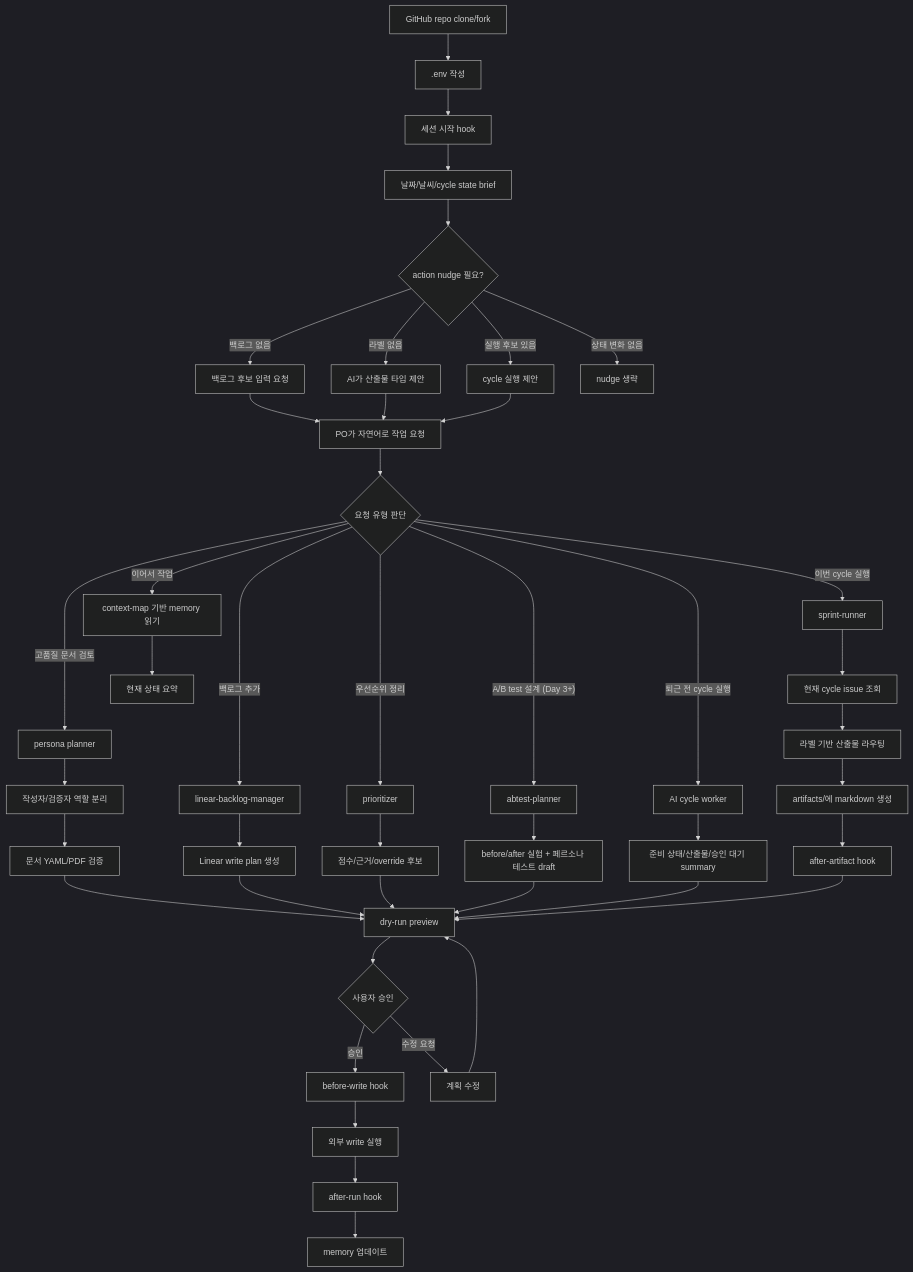
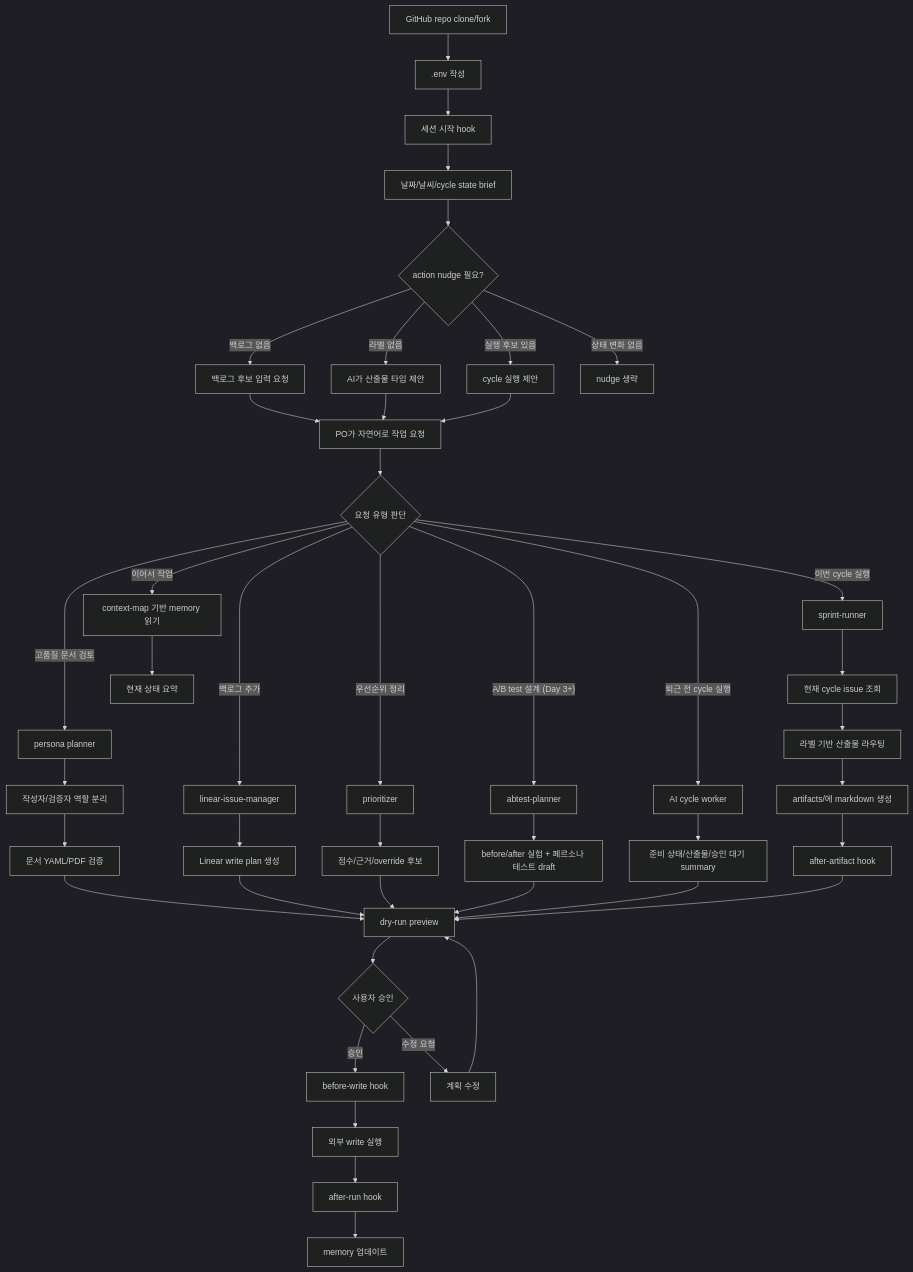
The diagram in docs/PRD.md (dongwonlee222/POKit), drawn with Mermaid (dark theme) before and after one commit. The commit also changed other lines of this file and 30 other files, not shown here.

First line of the commit message:
feat: v0.15.2 hotfix — release dispatcher + dogfood/releases 재구조화 + linear-issue-manager

````diff
--- a/docs/PRD.md
+++ b/docs/PRD.md
@@ -268,46 +268,46 @@
 ```mermaid
 flowchart TD
     A["PO가 자연어로 작업 요청"] --> B{"요청 유형 판단"}
     GH["GitHub repo clone/fork"] --> ENV[".env 작성"]
     ENV --> Z
     Z["세션 시작 hook"] --> ZA["날짜/날씨/cycle state brief"]
     ZA --> ZB{"action nudge 필요?"}
     ZB -->|"백로그 없음"| ZC["백로그 후보 입력 요청"]
     ZB -->|"라벨 없음"| ZD["AI가 산출물 타입 제안"]
     ZB -->|"실행 후보 있음"| ZE["cycle 실행 제안"]
     ZB -->|"상태 변화 없음"| ZF["nudge 생략"]
     ZC --> A
     ZD --> A
     ZE --> A
-    B -->|"백로그 추가"| C["linear-backlog-manager"]
+    B -->|"백로그 추가"| C["linear-issue-manager"]
     B -->|"이번 cycle 실행"| D["sprint-runner"]
     B -->|"우선순위 정리"| V["prioritizer"]
     B -->|"A/B test 설계 (Day 3+)"| X["abtest-planner"]
     B -->|"퇴근 전 cycle 실행"| AA["AI cycle worker"]
     B -->|"이어서 작업"| E["context-map 기반 memory 읽기"]
     B -->|"고품질 문서 검토"| P["persona planner"]
     C --> F["Linear write plan 생성"]
     D --> G["현재 cycle issue 조회"]
     V --> W["점수/근거/override 후보"]
     X --> Y["before/after 실험 + 페르소나 테스트 draft"]
     AA --> AB["준비 상태/산출물/승인 대기 summary"]
     E --> H["현재 상태 요약"]
     P --> Q["작성자/검증자 역할 분리"]
     Q --> R["문서 YAML/PDF 검증"]
     R --> I
     F --> I["dry-run preview"]
     G --> J["라벨 기반 산출물 라우팅"]
     W --> I
     Y --> I
     AB --> I
     J --> K["artifacts/에 markdown 생성"]
     K --> S["after-artifact hook"]
     S --> I
     I --> L{"사용자 승인"}
     L -->|"승인"| T["before-write hook"]
     T --> M["외부 write 실행"]
     L -->|"수정 요청"| N["계획 수정"]
     M --> U["after-run hook"]
     U --> O["memory 업데이트"]
     N --> I
 ```
````
